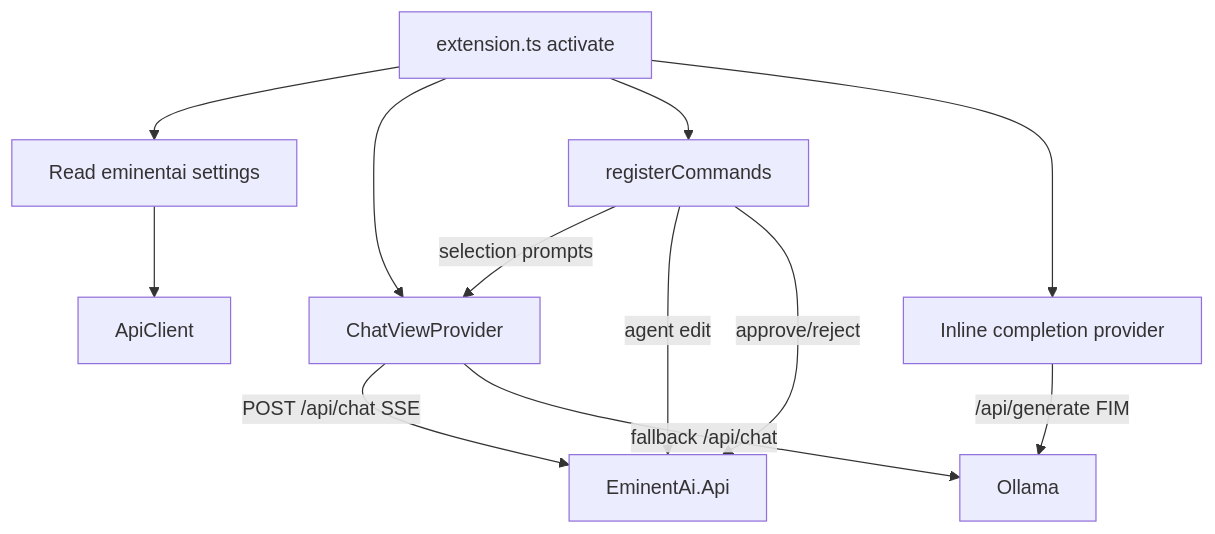
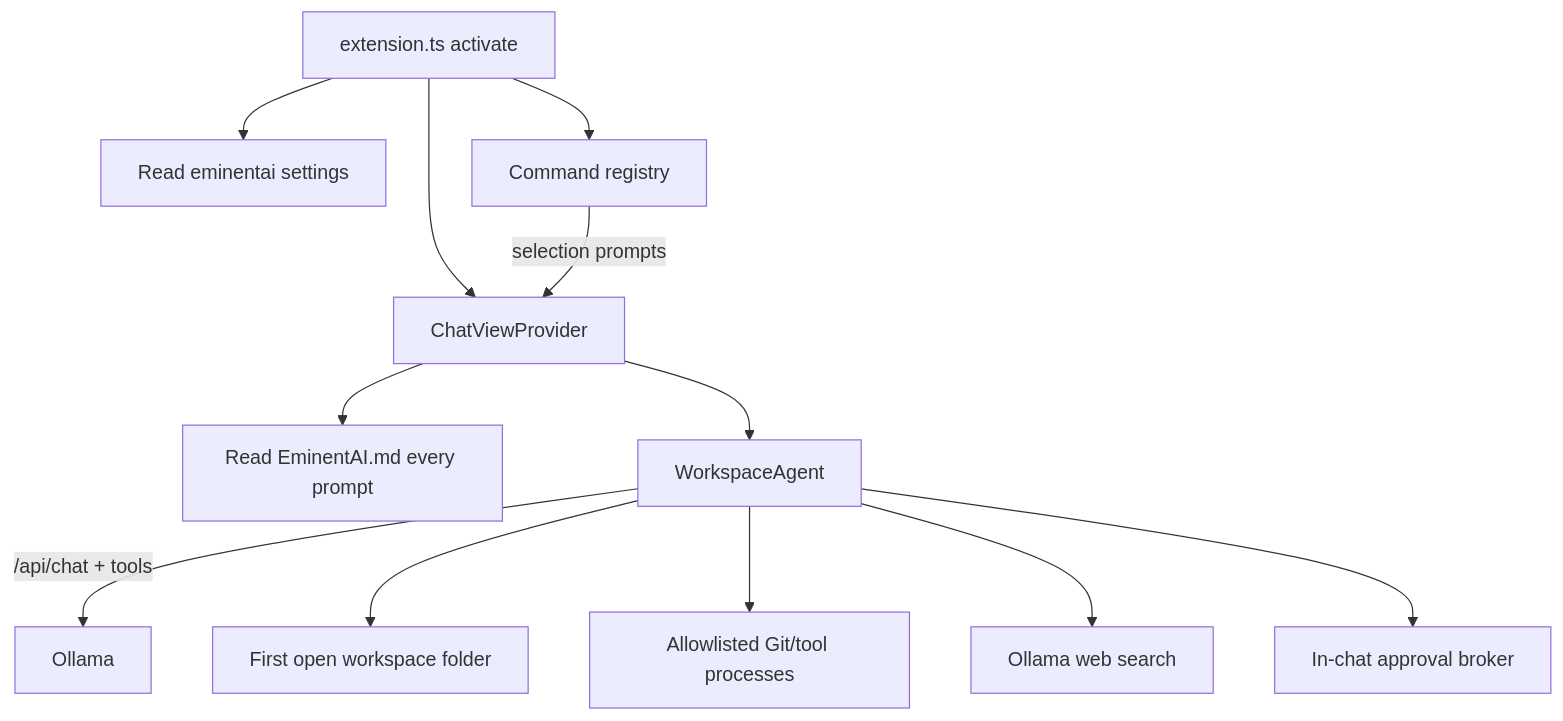
Diagram 14 of 16 in docs/AIAGENT_ARCHITECTURE.md (ekanatha-urivakili/EminentAiAgent), drawn with Mermaid before and after one commit. The commit also changed other lines of this file and 45 other files, not shown here.

````diff
--- a/docs/AIAGENT_ARCHITECTURE.md
+++ b/docs/AIAGENT_ARCHITECTURE.md
@@ -806,15 +826,14 @@
 ```mermaid
 flowchart TD
     Activation[extension.ts activate] --> Config[Read eminentai settings]
-    Config --> ApiClient[ApiClient]
     Activation --> ChatProvider[ChatViewProvider]
-    Activation --> Commands[registerCommands]
-    Activation --> Fim[Inline completion provider]
-
-    ChatProvider -->|POST /api/chat SSE| Backend[EminentAi.Api]
-    ChatProvider -->|fallback /api/chat| Ollama[Ollama]
-    Fim -->|/api/generate FIM| Ollama
+    ChatProvider --> Instructions[Read EminentAI.md every prompt]
+    ChatProvider --> Agent[WorkspaceAgent]
+    Agent -->|/api/chat + tools| Ollama[Ollama]
+    Agent --> Workspace[First open workspace folder]
+    Agent --> Processes[Allowlisted Git/tool processes]
+    Agent --> Search[Ollama web search]
+    Agent --> Approval[In-chat approval broker]
+    Activation --> Commands[Command registry]
     Commands -->|selection prompts| ChatProvider
-    Commands -->|agent edit| Backend
-    Commands -->|approve/reject| Backend
 ```
````
